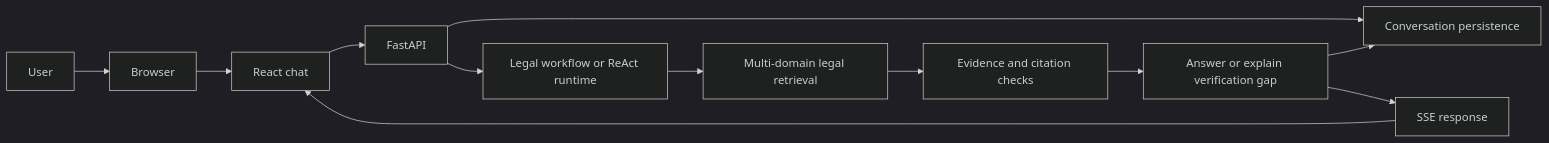
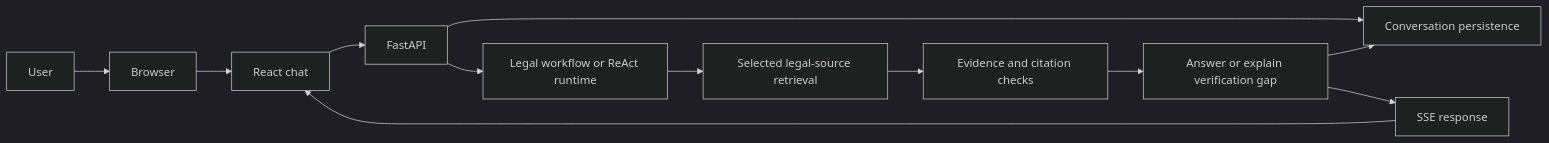
The first of 2 diagrams in docs/architecture/system-overview.md (taitran501/vietnam-legal-agent), drawn with Mermaid (dark theme) before and after one commit. The commit also changed other lines of this file and 16 other files, not shown here.

````diff
--- a/docs/architecture/system-overview.md
+++ b/docs/architecture/system-overview.md
@@ -12,14 +14,14 @@
 ```mermaid
 flowchart LR
     U[User] --> B[Browser]
     B --> F[React chat]
     F --> API[FastAPI]
     API --> W[Legal workflow or ReAct runtime]
     API --> P[Conversation persistence]
-    W --> R[Multi-domain legal retrieval]
+    W --> R[Selected legal-source retrieval]
     R --> V[Evidence and citation checks]
     V --> A[Answer or explain verification gap]
     A --> P
     A --> SSE[SSE response]
     SSE --> F
 ```
````
